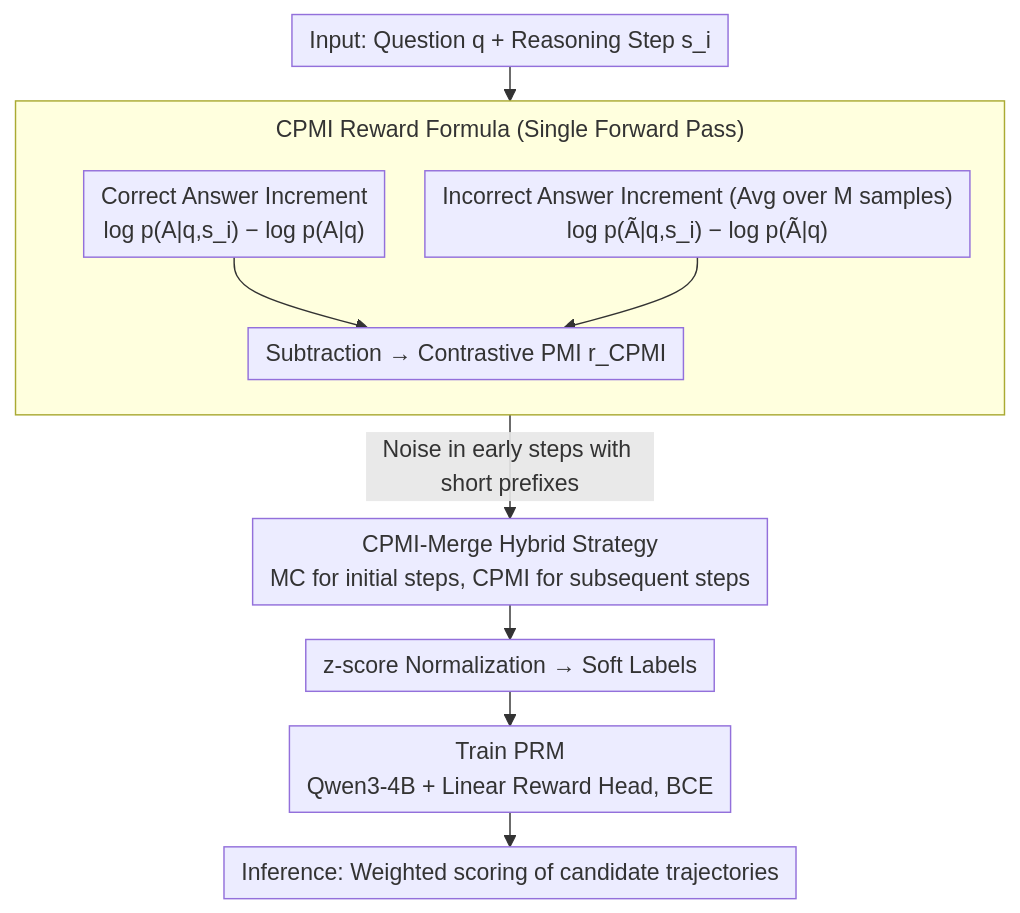
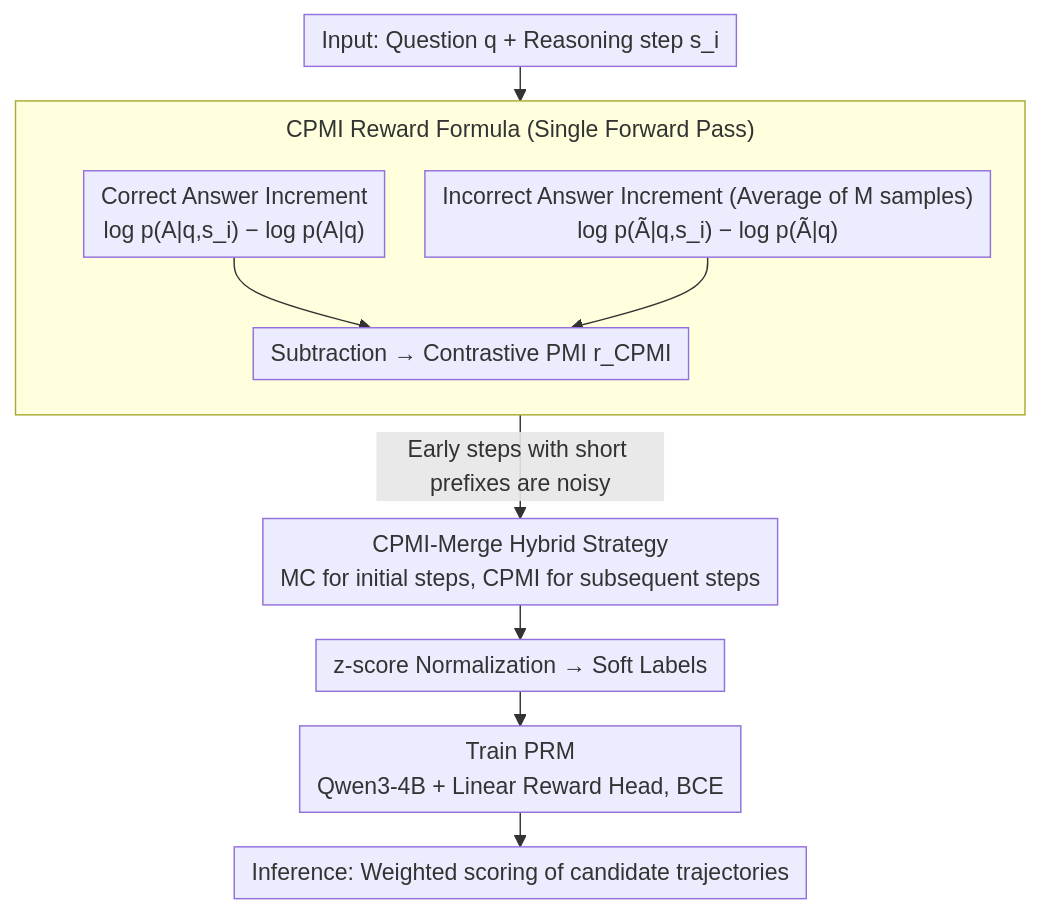
Before and after one commit to zhaoyang97/Paper-Notes-en: the diagram in docs/ACL2026/llm_reasoning/efficient_process_reward_modeling_via_contrastive_mutual_information.md, drawn with Mermaid. The commit also changed other lines of this file and 5084 other files, not shown here.

````diff
--- a/docs/ACL2026/llm_reasoning/efficient_process_reward_modeling_via_contrastive_mutual_information.md
+++ b/docs/ACL2026/llm_reasoning/efficient_process_reward_modeling_via_contrastive_mutual_information.md
@@ -42,16 +42,16 @@
 ```mermaid
 %%{init: {'flowchart': {'rankSpacing': 24, 'nodeSpacing': 28, 'padding': 6, 'wrappingWidth': 400, 'subGraphTitleMargin': {'top': 8, 'bottom': 16}}}}%%
 flowchart TD
-    A["Input: Question q + Reasoning Step s_i"] --> S1
+    A["Input: Question q + Reasoning step s_i"] --> S1
     subgraph S1["CPMI Reward Formula (Single Forward Pass)"]
         direction TB
         B["Correct Answer Increment<br/>log p(A|q,s_i) − log p(A|q)"]
-        C["Incorrect Answer Increment (Avg over M samples)<br/>log p(Ã|q,s_i) − log p(Ã|q)"]
+        C["Incorrect Answer Increment (Average of M samples)<br/>log p(Ã|q,s_i) − log p(Ã|q)"]
         B --> D["Subtraction → Contrastive PMI r_CPMI"]
         C --> D
     end
-    S1 -->|Noise in early steps with short prefixes| E["CPMI-Merge Hybrid Strategy<br/>MC for initial steps, CPMI for subsequent steps"]
+    S1 -->|Early steps with short prefixes are noisy| E["CPMI-Merge Hybrid Strategy<br/>MC for initial steps, CPMI for subsequent steps"]
     E --> F["z-score Normalization → Soft Labels"]
     F --> G["Train PRM<br/>Qwen3-4B + Linear Reward Head, BCE"]
     G --> H["Inference: Weighted scoring of candidate trajectories"]
 ```
````
